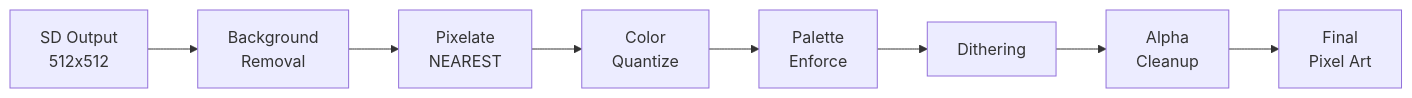
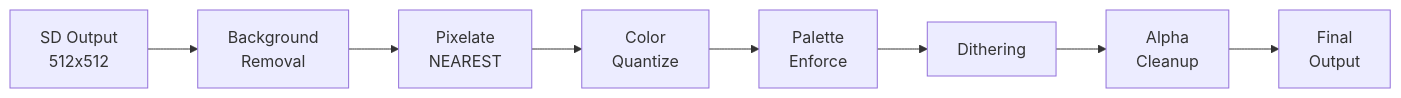
One commit to FeelTheFonk/pixytoon changed the third of 3 diagrams in docs/GUIDE.md. Above: the diagram before and after it, drawn with Mermaid. The commit also changed other lines of this file and 94 other files, not shown here.

````diff
--- a/docs/GUIDE.md
+++ b/docs/GUIDE.md
@@ -374,10 +382,10 @@
 ```mermaid
 flowchart LR
     A[SD Output<br>512x512] --> B[Background<br>Removal]
     B --> C[Pixelate<br>NEAREST]
     C --> D[Color<br>Quantize]
     D --> E[Palette<br>Enforce]
     E --> F[Dithering]
     F --> G[Alpha<br>Cleanup]
-    G --> H[Final<br>Pixel Art]
+    G --> H[Final<br>Output]
 ```
````
